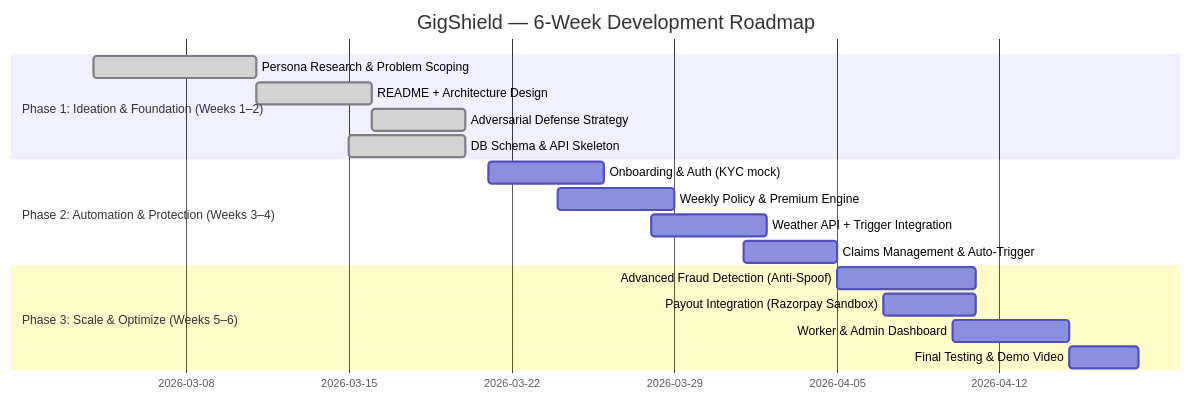
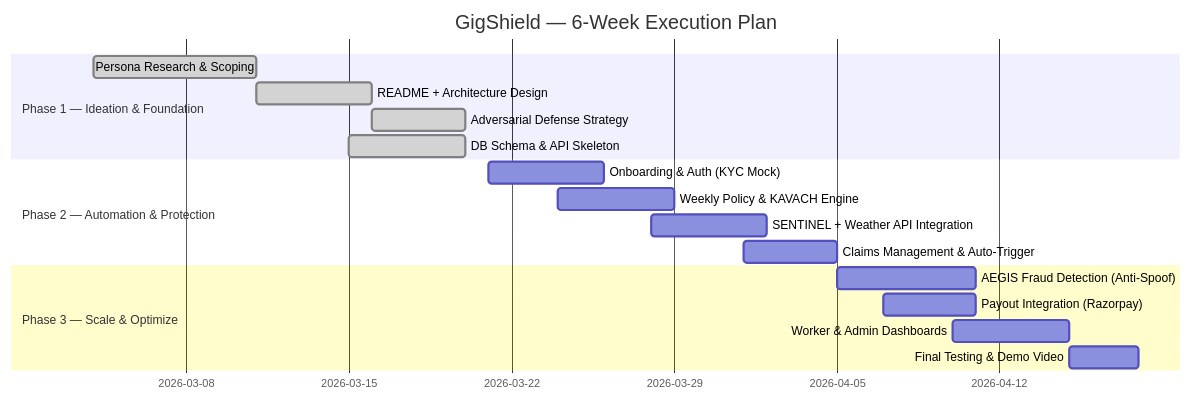
One commit to rox-dev6/gw changed the eighth of 8 diagrams in README.md. Above: the diagram before and after it, drawn with Mermaid. The commit also changed other lines of this file, not shown here.

````diff
--- a/README.md
+++ b/README.md
@@ -511,23 +613,23 @@
 ```mermaid
 gantt
-    title GigShield — 6-Week Development Roadmap
-    dateFormat  YYYY-MM-DD
+    title GigShield — 6-Week Execution Plan
+    dateFormat YYYY-MM-DD
 
-    section Phase 1: Ideation & Foundation (Weeks 1–2)
-    Persona Research & Problem Scoping     :done, p1a, 2026-03-04, 7d
-    README + Architecture Design           :done, p1b, 2026-03-11, 5d
-    Adversarial Defense Strategy            :done, p1c, 2026-03-16, 4d
-    DB Schema & API Skeleton               :done, p1d, 2026-03-15, 5d
+    section Phase 1 — Ideation & Foundation
+    Persona Research & Scoping          :done, p1a, 2026-03-04, 7d
+    README + Architecture Design        :done, p1b, 2026-03-11, 5d
+    Adversarial Defense Strategy        :done, p1c, 2026-03-16, 4d
+    DB Schema & API Skeleton            :done, p1d, 2026-03-15, 5d
 
-    section Phase 2: Automation & Protection (Weeks 3–4)
-    Onboarding & Auth (KYC mock)           :p2a, 2026-03-21, 5d
-    Weekly Policy & Premium Engine          :p2b, 2026-03-24, 5d
-    Weather API + Trigger Integration       :p2c, 2026-03-28, 5d
-    Claims Management & Auto-Trigger        :p2d, 2026-04-01, 4d
+    section Phase 2 — Automation & Protection
+    Onboarding & Auth (KYC Mock)        :p2a, 2026-03-21, 5d
+    Weekly Policy & KAVACH Engine       :p2b, 2026-03-24, 5d
+    SENTINEL + Weather API Integration  :p2c, 2026-03-28, 5d
+    Claims Management & Auto-Trigger    :p2d, 2026-04-01, 4d
 
-    section Phase 3: Scale & Optimize (Weeks 5–6)
-    Advanced Fraud Detection (Anti-Spoof)  :p3a, 2026-04-05, 6d
-    Payout Integration (Razorpay Sandbox)  :p3b, 2026-04-07, 4d
-    Worker & Admin Dashboard               :p3c, 2026-04-10, 5d
-    Final Testing & Demo Video             :p3d, 2026-04-15, 3d
+    section Phase 3 — Scale & Optimize
+    AEGIS Fraud Detection (Anti-Spoof)  :p3a, 2026-04-05, 6d
+    Payout Integration (Razorpay)       :p3b, 2026-04-07, 4d
+    Worker & Admin Dashboards           :p3c, 2026-04-10, 5d
+    Final Testing & Demo Video          :p3d, 2026-04-15, 3d
 ```
````
